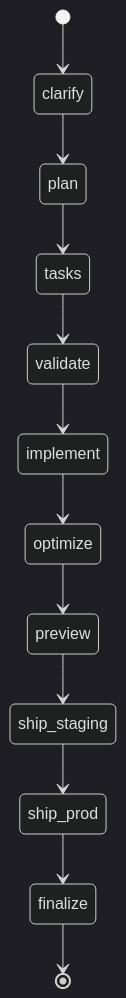
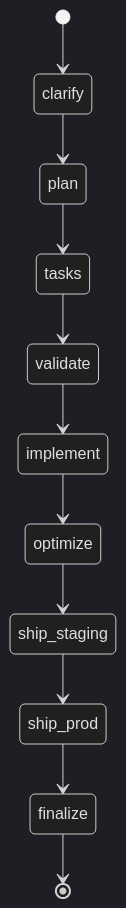
Before and after one commit to marcusgoll/Spec-Flow: the second of 2 diagrams in .spec-flow/memory/workflow-state-schema.md, drawn with Mermaid (dark theme). The commit also changed other lines of this file and 8 other files, not shown here.

````diff
--- a/.spec-flow/memory/workflow-state-schema.md
+++ b/.spec-flow/memory/workflow-state-schema.md
@@ -376,14 +358,13 @@
 ```mermaid
 stateDiagram-v2
     [*] --> clarify
     clarify --> plan
     plan --> tasks
     tasks --> validate
     validate --> implement
     implement --> optimize
-    optimize --> preview
-    preview --> ship_staging
+    optimize --> ship_staging
     ship_staging --> ship_prod
     ship_prod --> finalize
     finalize --> [*]
 ```
````
